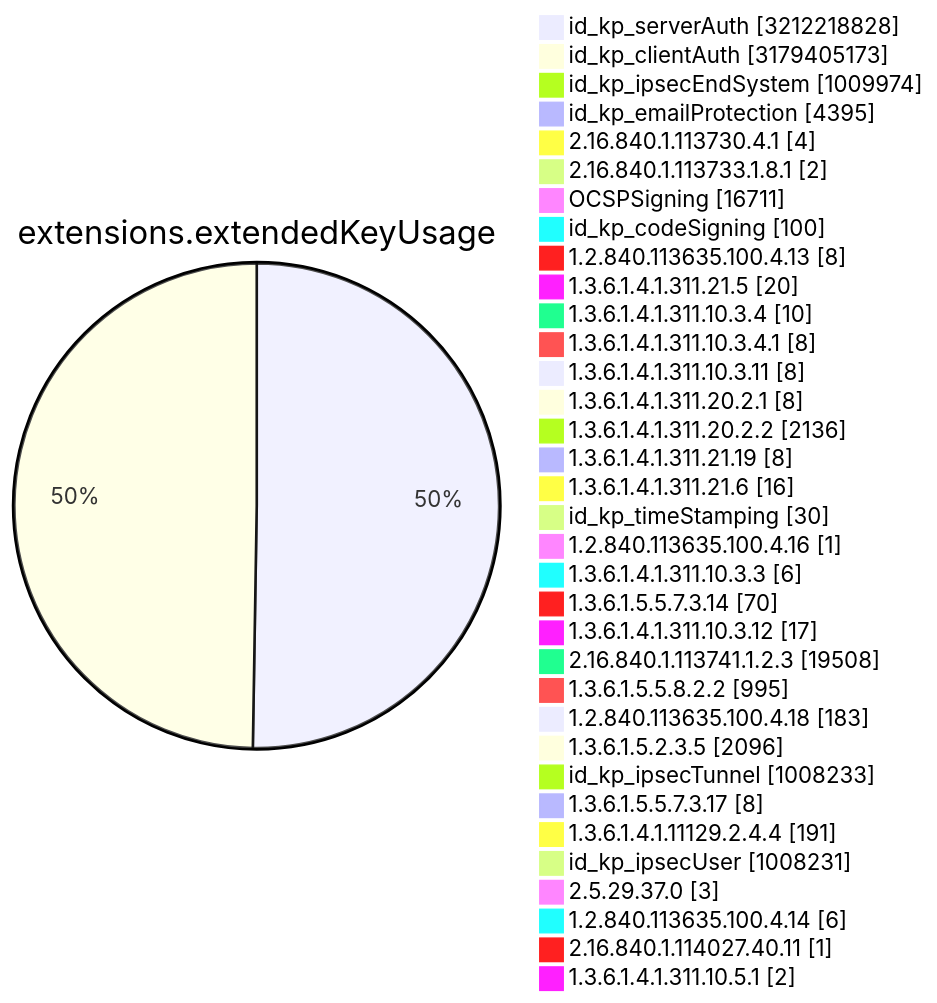
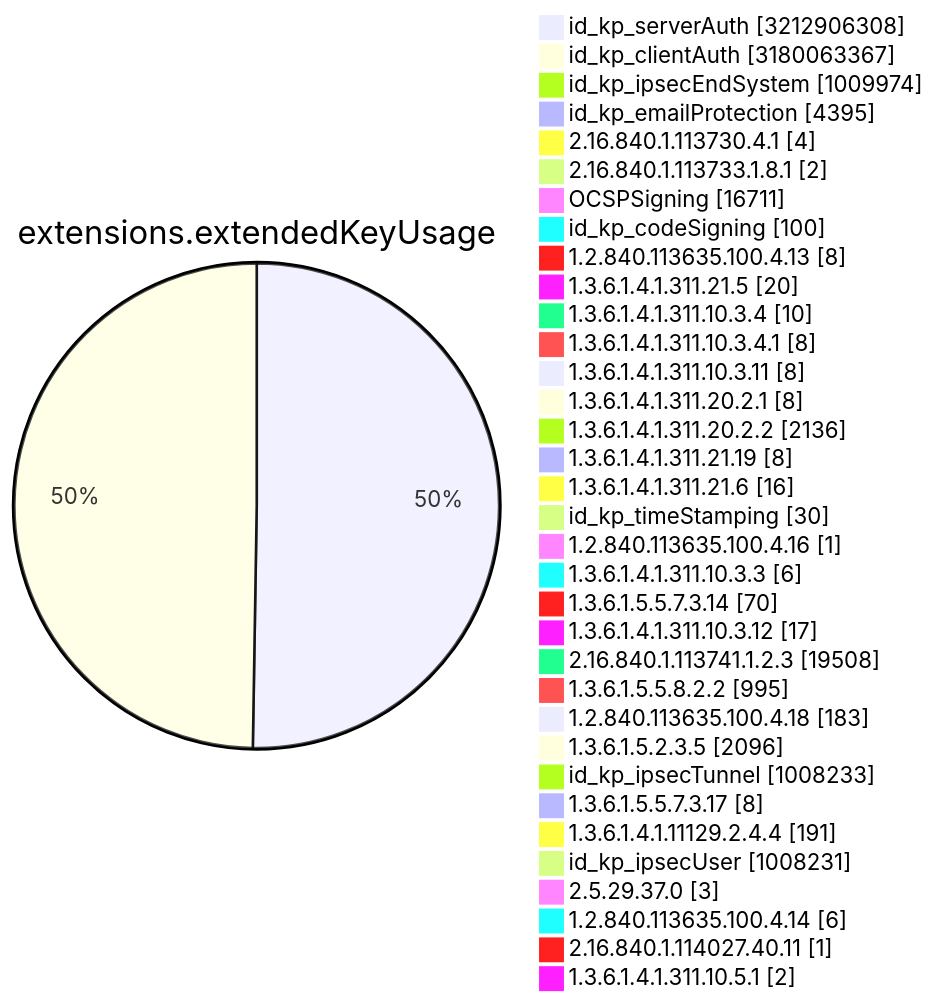
Before and after one commit to christiankrug/ctmonitor_visualization: diagram 11 of 15 in TOTAL/README.md, drawn with Mermaid. The commit also changed other lines of this file, not shown here.

````diff
--- a/TOTAL/README.md
+++ b/TOTAL/README.md
@@ -4119,38 +4119,38 @@
 ```mermaid
 pie showData
 title extensions.extendedKeyUsage
-"id_kp_serverAuth" :3212218828
-"id_kp_clientAuth" :3179405173
+"id_kp_serverAuth" :3212906308
+"id_kp_clientAuth" :3180063367
 "id_kp_ipsecEndSystem" :1009974
 "id_kp_emailProtection" :4395
 "2.16.840.1.113730.4.1" :4
 "2.16.840.1.113733.1.8.1" :2
 "OCSPSigning" :16711
 "id_kp_codeSigning" :100
 "1.2.840.113635.100.4.13" :8
 "1.3.6.1.4.1.311.21.5" :20
 "1.3.6.1.4.1.311.10.3.4" :10
 "1.3.6.1.4.1.311.10.3.4.1" :8
 "1.3.6.1.4.1.311.10.3.11" :8
 "1.3.6.1.4.1.311.20.2.1" :8
 "1.3.6.1.4.1.311.20.2.2" :2136
 "1.3.6.1.4.1.311.21.19" :8
 "1.3.6.1.4.1.311.21.6" :16
 "id_kp_timeStamping" :30
 "1.2.840.113635.100.4.16" :1
 "1.3.6.1.4.1.311.10.3.3" :6
 "1.3.6.1.5.5.7.3.14" :70
 "1.3.6.1.4.1.311.10.3.12" :17
 "2.16.840.1.113741.1.2.3" :19508
 "1.3.6.1.5.5.8.2.2" :995
 "1.2.840.113635.100.4.18" :183
 "1.3.6.1.5.2.3.5" :2096
 "id_kp_ipsecTunnel" :1008233
 "1.3.6.1.5.5.7.3.17" :8
 "1.3.6.1.4.1.11129.2.4.4" :191
 "id_kp_ipsecUser" :1008231
 "2.5.29.37.0" :3
 "1.2.840.113635.100.4.14" :6
 "2.16.840.1.114027.40.11" :1
 "1.3.6.1.4.1.311.10.5.1" :2
 ```
````
